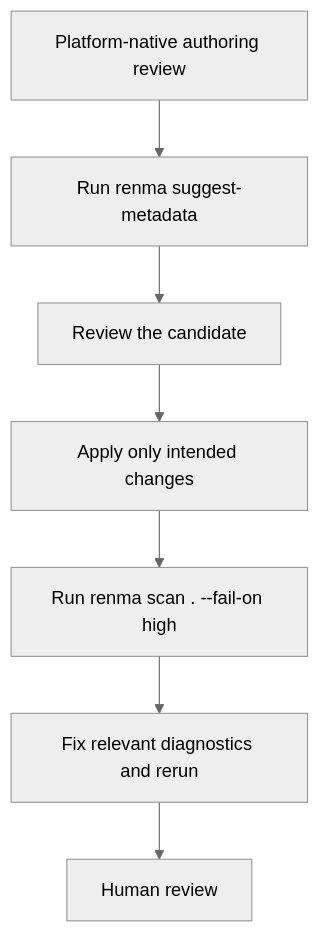
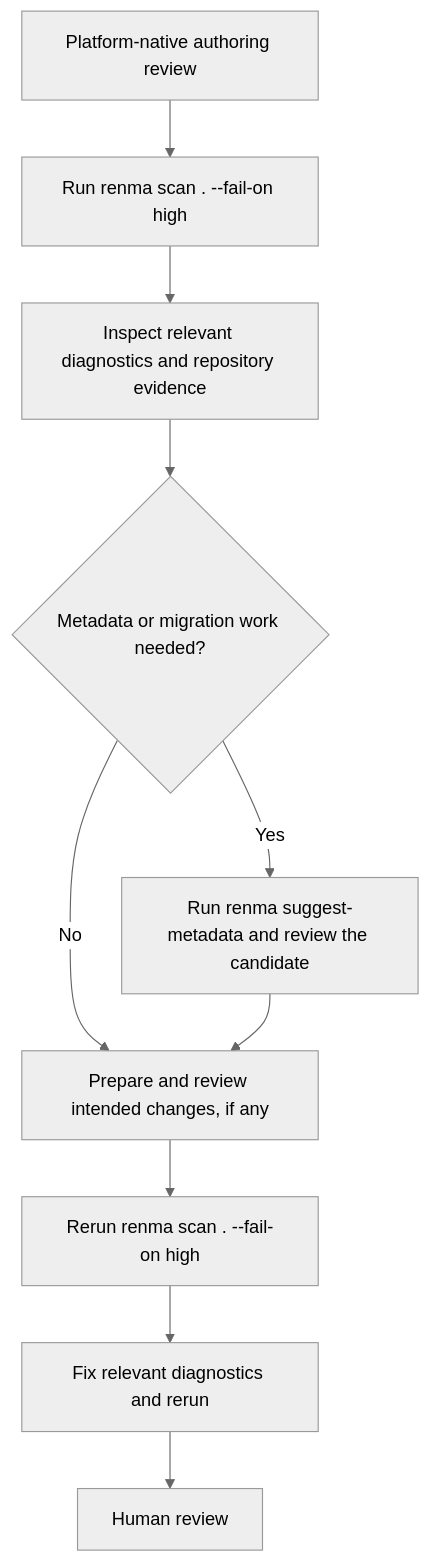
Before and after one commit to KazuCocoa/renma: the second of 2 diagrams in docs/user-manual.md, drawn with Mermaid (neutral theme). The commit also changed other lines of this file and 20 other files, not shown here.

````diff
--- a/docs/user-manual.md
+++ b/docs/user-manual.md
@@ -237,9 +237,12 @@
 ```mermaid
 flowchart TD
-  Authoring["Platform-native authoring review"] --> Suggest["Run renma suggest-metadata"]
-  Suggest --> Candidate["Review the candidate"]
-  Candidate --> Apply["Apply only intended changes"]
-  Apply --> Validate["Run renma scan . --fail-on high"]
+  Authoring["Platform-native authoring review"] --> Scan["Run renma scan . --fail-on high"]
+  Scan --> Evidence["Inspect relevant diagnostics and repository evidence"]
+  Evidence --> NeedMetadata{"Metadata or migration work needed?"}
+  NeedMetadata -- Yes --> Suggest["Run renma suggest-metadata and review the candidate"]
+  NeedMetadata -- No --> Prepare["Prepare and review intended changes, if any"]
+  Suggest --> Prepare
+  Prepare --> Validate["Rerun renma scan . --fail-on high"]
   Validate --> Fix["Fix relevant diagnostics and rerun"]
   Fix --> Review["Human review"]
 ```
````
